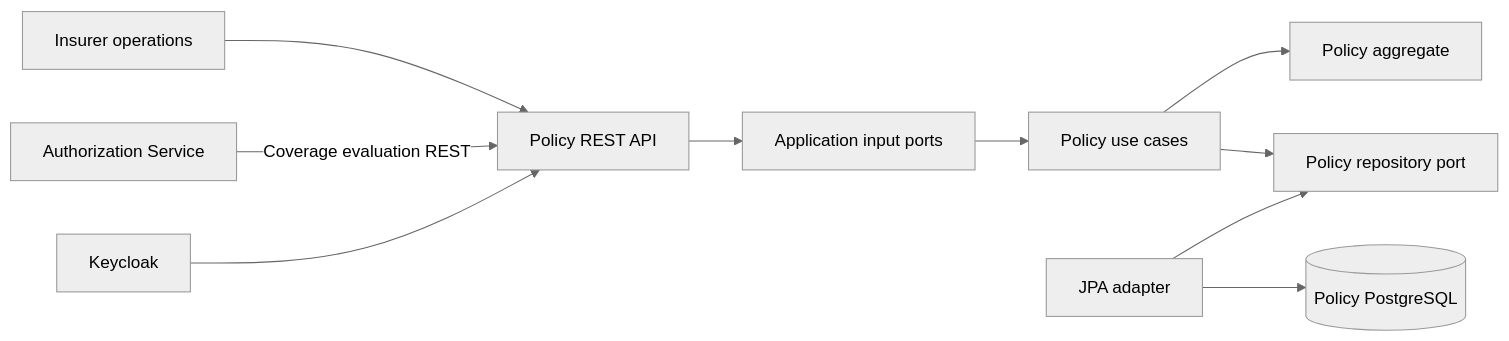
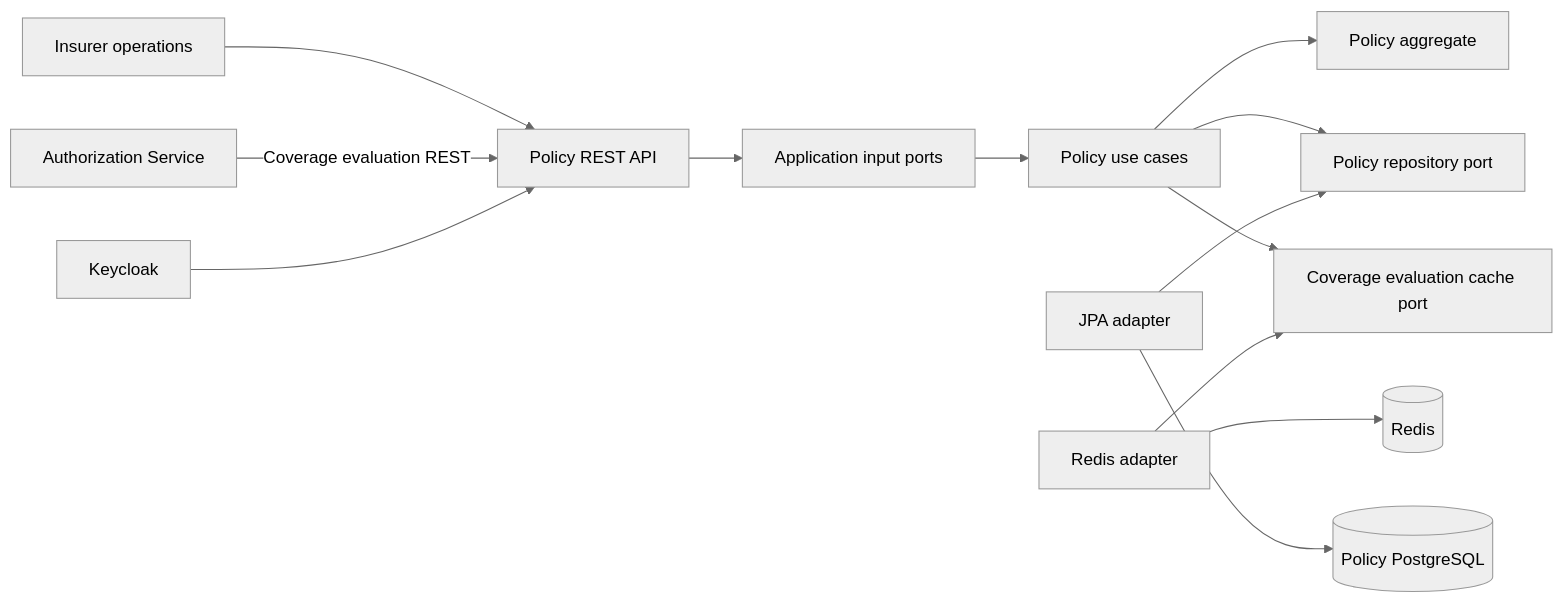
Before and after one commit to aydindemir1/health-insurance-platform: the first of 2 diagrams in docs/architecture/policy-service.md, drawn with Mermaid (neutral theme). The commit also changed other lines of this file and 23 other files, not shown here.

````diff
--- a/docs/architecture/policy-service.md
+++ b/docs/architecture/policy-service.md
@@ -6,12 +6,15 @@
 ```mermaid
 flowchart LR
     Client[Insurer operations] --> REST[Policy REST API]
     Authorization[Authorization Service] -->|Coverage evaluation REST| REST
     REST --> Ports[Application input ports]
     Ports --> UseCases[Policy use cases]
     UseCases --> Aggregate[Policy aggregate]
     UseCases --> RepoPort[Policy repository port]
+    UseCases --> CachePort[Coverage evaluation cache port]
+    Redis[Redis adapter] --> CachePort
+    Redis --> Cache[(Redis)]
     JPA[JPA adapter] --> RepoPort
     JPA --> DB[(Policy PostgreSQL)]
     Keycloak[Keycloak] --> REST
 ```
````
